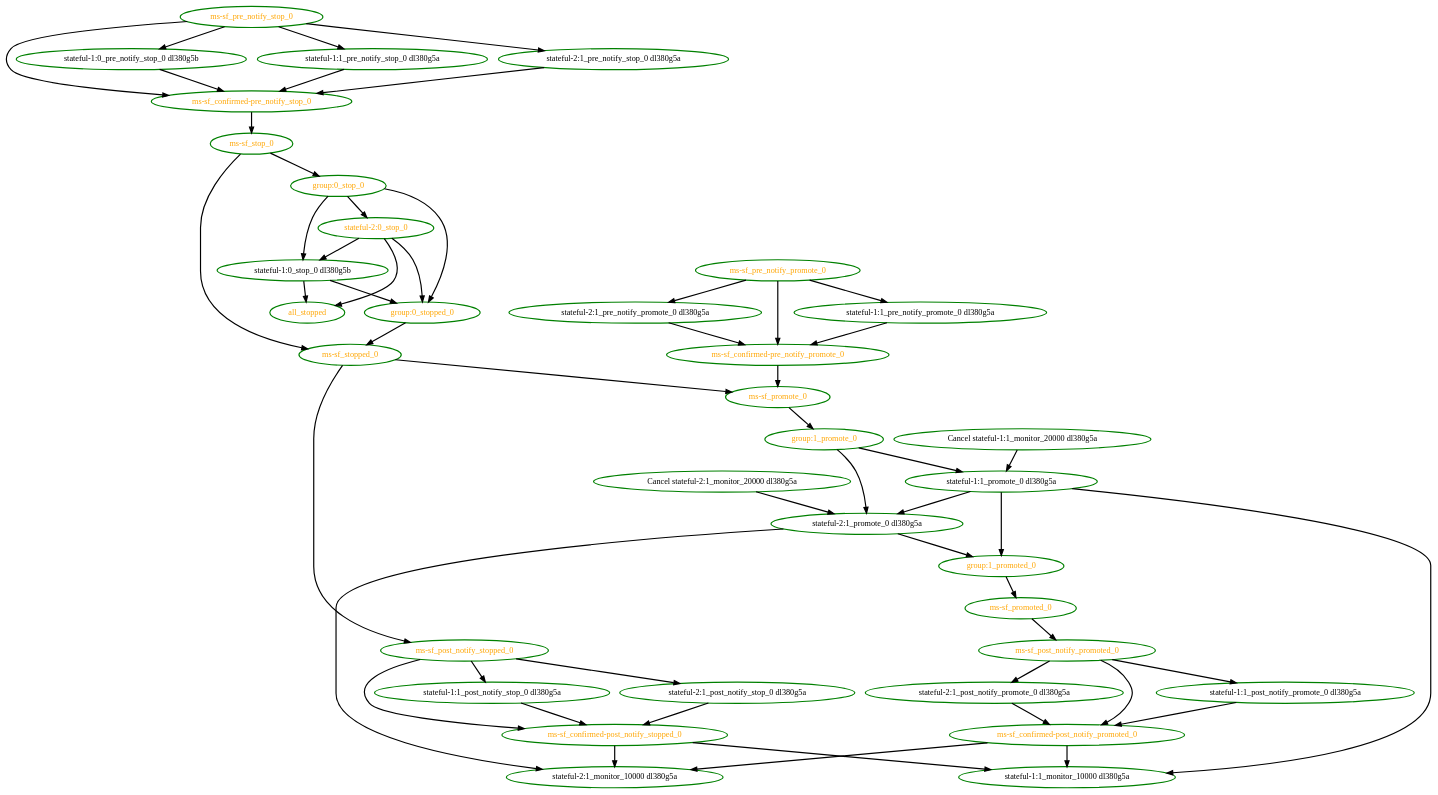
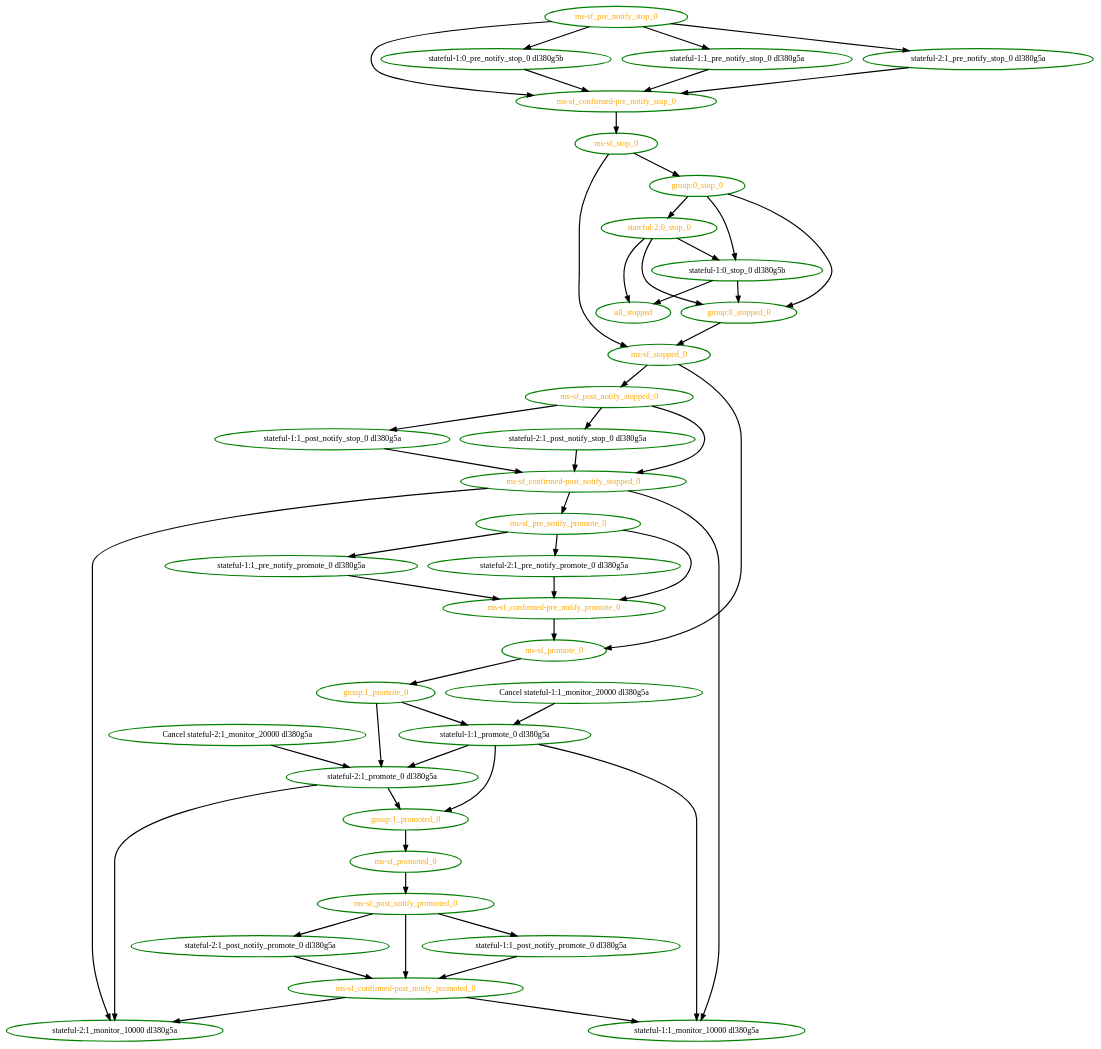
One commit to linux-ha-japan/pm_diskd changed the diagram in pengine/test10/master-failed-demote.dot. Above: the diagram before and after it, drawn with Graphviz. The commit also changed 10 other files, not shown here.

```diff
--- a/pengine/test10/master-failed-demote.dot
+++ b/pengine/test10/master-failed-demote.dot
@@ -1,89 +1,90 @@
 digraph "g" {
 "Cancel stateful-1:1_monitor_20000 dl380g5a" -> "stateful-1:1_promote_0 dl380g5a" [ style = bold]
 "Cancel stateful-1:1_monitor_20000 dl380g5a" [ style=bold color="green" fontcolor="black"  ]
 "Cancel stateful-2:1_monitor_20000 dl380g5a" -> "stateful-2:1_promote_0 dl380g5a" [ style = bold]
 "Cancel stateful-2:1_monitor_20000 dl380g5a" [ style=bold color="green" fontcolor="black"  ]
 "all_stopped" [ style=bold color="green" fontcolor="orange"  ]
 "group:0_stop_0" -> "group:0_stopped_0" [ style = bold]
 "group:0_stop_0" -> "stateful-1:0_stop_0 dl380g5b" [ style = bold]
 "group:0_stop_0" -> "stateful-2:0_stop_0" [ style = bold]
 "group:0_stop_0" [ style=bold color="green" fontcolor="orange"  ]
 "group:0_stopped_0" -> "ms-sf_stopped_0" [ style = bold]
 "group:0_stopped_0" [ style=bold color="green" fontcolor="orange"  ]
 "group:1_promote_0" -> "stateful-1:1_promote_0 dl380g5a" [ style = bold]
 "group:1_promote_0" -> "stateful-2:1_promote_0 dl380g5a" [ style = bold]
 "group:1_promote_0" [ style=bold color="green" fontcolor="orange"  ]
 "group:1_promoted_0" -> "ms-sf_promoted_0" [ style = bold]
 "group:1_promoted_0" [ style=bold color="green" fontcolor="orange"  ]
 "ms-sf_confirmed-post_notify_promoted_0" -> "stateful-1:1_monitor_10000 dl380g5a" [ style = bold]
 "ms-sf_confirmed-post_notify_promoted_0" -> "stateful-2:1_monitor_10000 dl380g5a" [ style = bold]
 "ms-sf_confirmed-post_notify_promoted_0" [ style=bold color="green" fontcolor="orange"  ]
+"ms-sf_confirmed-post_notify_stopped_0" -> "ms-sf_pre_notify_promote_0" [ style = bold]
 "ms-sf_confirmed-post_notify_stopped_0" -> "stateful-1:1_monitor_10000 dl380g5a" [ style = bold]
 "ms-sf_confirmed-post_notify_stopped_0" -> "stateful-2:1_monitor_10000 dl380g5a" [ style = bold]
 "ms-sf_confirmed-post_notify_stopped_0" [ style=bold color="green" fontcolor="orange"  ]
 "ms-sf_confirmed-pre_notify_promote_0" -> "ms-sf_promote_0" [ style = bold]
 "ms-sf_confirmed-pre_notify_promote_0" [ style=bold color="green" fontcolor="orange"  ]
 "ms-sf_confirmed-pre_notify_stop_0" -> "ms-sf_stop_0" [ style = bold]
 "ms-sf_confirmed-pre_notify_stop_0" [ style=bold color="green" fontcolor="orange"  ]
 "ms-sf_post_notify_promoted_0" -> "ms-sf_confirmed-post_notify_promoted_0" [ style = bold]
 "ms-sf_post_notify_promoted_0" -> "stateful-1:1_post_notify_promote_0 dl380g5a" [ style = bold]
 "ms-sf_post_notify_promoted_0" -> "stateful-2:1_post_notify_promote_0 dl380g5a" [ style = bold]
 "ms-sf_post_notify_promoted_0" [ style=bold color="green" fontcolor="orange"  ]
 "ms-sf_post_notify_stopped_0" -> "ms-sf_confirmed-post_notify_stopped_0" [ style = bold]
 "ms-sf_post_notify_stopped_0" -> "stateful-1:1_post_notify_stop_0 dl380g5a" [ style = bold]
 "ms-sf_post_notify_stopped_0" -> "stateful-2:1_post_notify_stop_0 dl380g5a" [ style = bold]
 "ms-sf_post_notify_stopped_0" [ style=bold color="green" fontcolor="orange"  ]
 "ms-sf_pre_notify_promote_0" -> "ms-sf_confirmed-pre_notify_promote_0" [ style = bold]
 "ms-sf_pre_notify_promote_0" -> "stateful-1:1_pre_notify_promote_0 dl380g5a" [ style = bold]
 "ms-sf_pre_notify_promote_0" -> "stateful-2:1_pre_notify_promote_0 dl380g5a" [ style = bold]
 "ms-sf_pre_notify_promote_0" [ style=bold color="green" fontcolor="orange"  ]
 "ms-sf_pre_notify_stop_0" -> "ms-sf_confirmed-pre_notify_stop_0" [ style = bold]
 "ms-sf_pre_notify_stop_0" -> "stateful-1:0_pre_notify_stop_0 dl380g5b" [ style = bold]
 "ms-sf_pre_notify_stop_0" -> "stateful-1:1_pre_notify_stop_0 dl380g5a" [ style = bold]
 "ms-sf_pre_notify_stop_0" -> "stateful-2:1_pre_notify_stop_0 dl380g5a" [ style = bold]
 "ms-sf_pre_notify_stop_0" [ style=bold color="green" fontcolor="orange"  ]
 "ms-sf_promote_0" -> "group:1_promote_0" [ style = bold]
 "ms-sf_promote_0" [ style=bold color="green" fontcolor="orange"  ]
 "ms-sf_promoted_0" -> "ms-sf_post_notify_promoted_0" [ style = bold]
 "ms-sf_promoted_0" [ style=bold color="green" fontcolor="orange"  ]
 "ms-sf_stop_0" -> "group:0_stop_0" [ style = bold]
 "ms-sf_stop_0" -> "ms-sf_stopped_0" [ style = bold]
 "ms-sf_stop_0" [ style=bold color="green" fontcolor="orange"  ]
 "ms-sf_stopped_0" -> "ms-sf_post_notify_stopped_0" [ style = bold]
 "ms-sf_stopped_0" -> "ms-sf_promote_0" [ style = bold]
 "ms-sf_stopped_0" [ style=bold color="green" fontcolor="orange"  ]
 "stateful-1:0_pre_notify_stop_0 dl380g5b" -> "ms-sf_confirmed-pre_notify_stop_0" [ style = bold]
 "stateful-1:0_pre_notify_stop_0 dl380g5b" [ style=bold color="green" fontcolor="black"  ]
 "stateful-1:0_stop_0 dl380g5b" -> "all_stopped" [ style = bold]
 "stateful-1:0_stop_0 dl380g5b" -> "group:0_stopped_0" [ style = bold]
 "stateful-1:0_stop_0 dl380g5b" [ style=bold color="green" fontcolor="black"  ]
 "stateful-1:1_monitor_10000 dl380g5a" [ style=bold color="green" fontcolor="black"  ]
 "stateful-1:1_post_notify_promote_0 dl380g5a" -> "ms-sf_confirmed-post_notify_promoted_0" [ style = bold]
 "stateful-1:1_post_notify_promote_0 dl380g5a" [ style=bold color="green" fontcolor="black"  ]
 "stateful-1:1_post_notify_stop_0 dl380g5a" -> "ms-sf_confirmed-post_notify_stopped_0" [ style = bold]
 "stateful-1:1_post_notify_stop_0 dl380g5a" [ style=bold color="green" fontcolor="black"  ]
 "stateful-1:1_pre_notify_promote_0 dl380g5a" -> "ms-sf_confirmed-pre_notify_promote_0" [ style = bold]
 "stateful-1:1_pre_notify_promote_0 dl380g5a" [ style=bold color="green" fontcolor="black"  ]
 "stateful-1:1_pre_notify_stop_0 dl380g5a" -> "ms-sf_confirmed-pre_notify_stop_0" [ style = bold]
 "stateful-1:1_pre_notify_stop_0 dl380g5a" [ style=bold color="green" fontcolor="black"  ]
 "stateful-1:1_promote_0 dl380g5a" -> "group:1_promoted_0" [ style = bold]
 "stateful-1:1_promote_0 dl380g5a" -> "stateful-1:1_monitor_10000 dl380g5a" [ style = bold]
 "stateful-1:1_promote_0 dl380g5a" -> "stateful-2:1_promote_0 dl380g5a" [ style = bold]
 "stateful-1:1_promote_0 dl380g5a" [ style=bold color="green" fontcolor="black"  ]
 "stateful-2:0_stop_0" -> "all_stopped" [ style = bold]
 "stateful-2:0_stop_0" -> "group:0_stopped_0" [ style = bold]
 "stateful-2:0_stop_0" -> "stateful-1:0_stop_0 dl380g5b" [ style = bold]
 "stateful-2:0_stop_0" [ style=bold color="green" fontcolor="orange"  ]
 "stateful-2:1_monitor_10000 dl380g5a" [ style=bold color="green" fontcolor="black"  ]
 "stateful-2:1_post_notify_promote_0 dl380g5a" -> "ms-sf_confirmed-post_notify_promoted_0" [ style = bold]
 "stateful-2:1_post_notify_promote_0 dl380g5a" [ style=bold color="green" fontcolor="black"  ]
 "stateful-2:1_post_notify_stop_0 dl380g5a" -> "ms-sf_confirmed-post_notify_stopped_0" [ style = bold]
 "stateful-2:1_post_notify_stop_0 dl380g5a" [ style=bold color="green" fontcolor="black"  ]
 "stateful-2:1_pre_notify_promote_0 dl380g5a" -> "ms-sf_confirmed-pre_notify_promote_0" [ style = bold]
 "stateful-2:1_pre_notify_promote_0 dl380g5a" [ style=bold color="green" fontcolor="black"  ]
 "stateful-2:1_pre_notify_stop_0 dl380g5a" -> "ms-sf_confirmed-pre_notify_stop_0" [ style = bold]
 "stateful-2:1_pre_notify_stop_0 dl380g5a" [ style=bold color="green" fontcolor="black"  ]
 "stateful-2:1_promote_0 dl380g5a" -> "group:1_promoted_0" [ style = bold]
 "stateful-2:1_promote_0 dl380g5a" -> "stateful-2:1_monitor_10000 dl380g5a" [ style = bold]
 "stateful-2:1_promote_0 dl380g5a" [ style=bold color="green" fontcolor="black"  ]
 }
```
